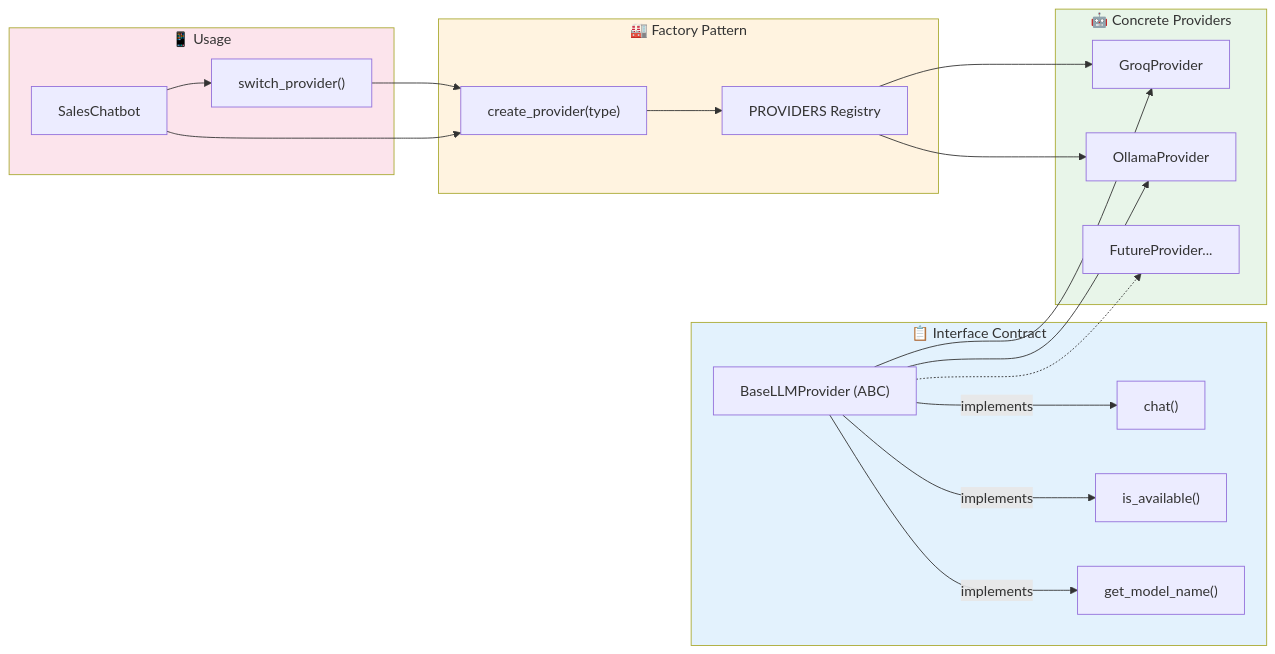
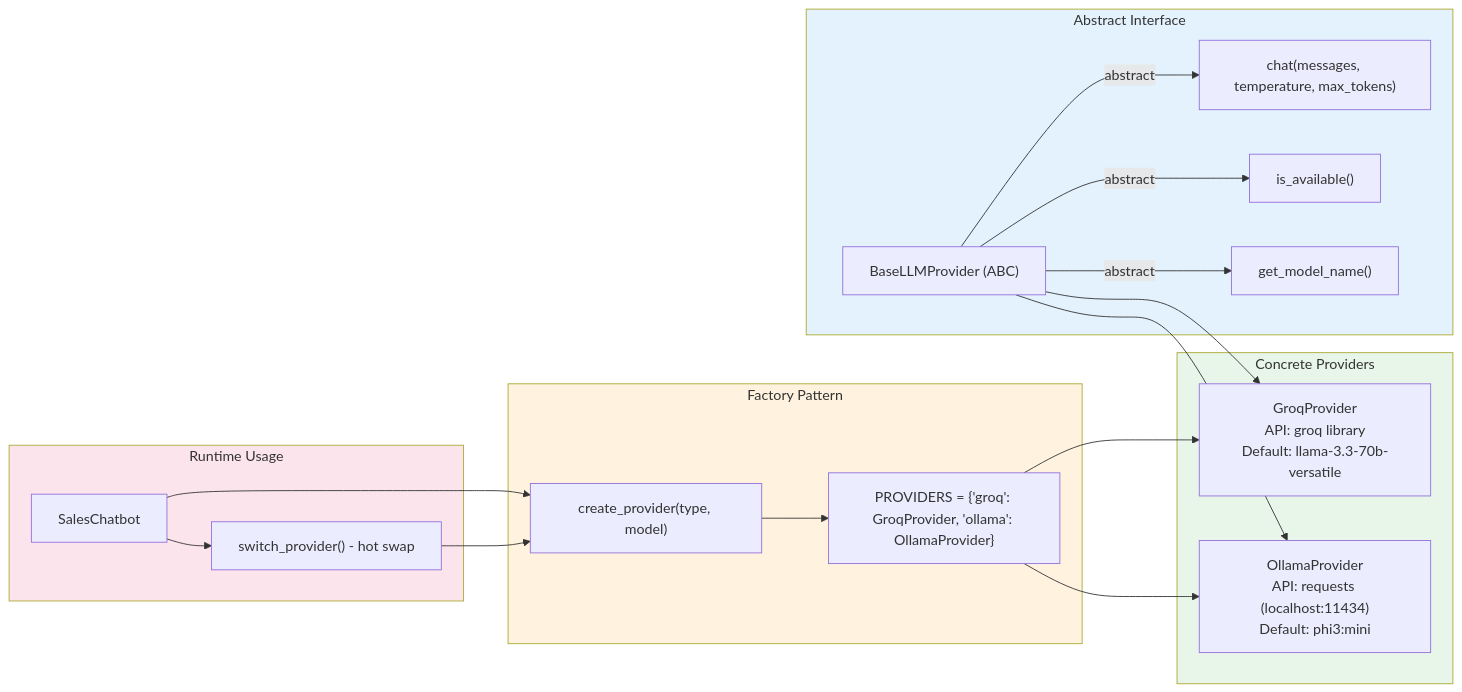
Before and after one commit to shaf-aston/FYP-sales-training-tool: the fifth of 34 diagrams in architecture diagrams.md, drawn with Mermaid. The commit also changed other lines of this file and 76 other files, not shown here.

````diff
--- a/architecture diagrams.md
+++ b/architecture diagrams.md
@@ -163,42 +222,40 @@
 ```mermaid
 flowchart LR
-    subgraph INTERFACE["📋 Interface Contract"]
+    subgraph INTERFACE["Abstract Interface"]
         Base["BaseLLMProvider (ABC)"]
-        Base --> |"implements"| M1["chat()"]
-        Base --> |"implements"| M2["is_available()"]
-        Base --> |"implements"| M3["get_model_name()"]
+        Base --> |"abstract"| M1["chat(messages, temperature, max_tokens)"]
+        Base --> |"abstract"| M2["is_available()"]
+        Base --> |"abstract"| M3["get_model_name()"]
     end
 
-    subgraph FACTORY["🏭 Factory Pattern"]
-        Create["create_provider(type)"]
-        Registry["PROVIDERS Registry"]
+    subgraph FACTORY["Factory Pattern"]
+        Create["create_provider(type, model)"]
+        Registry["PROVIDERS = {'groq': GroqProvider, 'ollama': OllamaProvider}"]
     end
 
-    subgraph PROVIDERS["🤖 Concrete Providers"]
-        Groq["GroqProvider"]
-        Ollama["OllamaProvider"]
-        Future["FutureProvider..."]
+    subgraph PROVIDERS["Concrete Providers"]
+        Groq["GroqProvider<br/>API: groq library<br/>Default: llama-3.3-70b-versatile"]
+        Ollama["OllamaProvider<br/>API: requests (localhost:11434)<br/>Default: phi3:mini"]
     end
 
-    subgraph USAGE["📱 Usage"]
+    subgraph USAGE["Runtime Usage"]
         Chatbot["SalesChatbot"]
-        Switch["switch_provider()"]
+        Switch["switch_provider() - hot swap"]
     end
 
     Base --> Groq
     Base --> Ollama
-    Base -.-> Future
 
     Create --> Registry
     Registry --> Groq
     Registry --> Ollama
 
     Chatbot --> Create
     Chatbot --> Switch
     Switch --> Create
 
     style INTERFACE fill:#e3f2fd
     style FACTORY fill:#fff3e0
     style PROVIDERS fill:#e8f5e9
     style USAGE fill:#fce4ec
 ```
````
